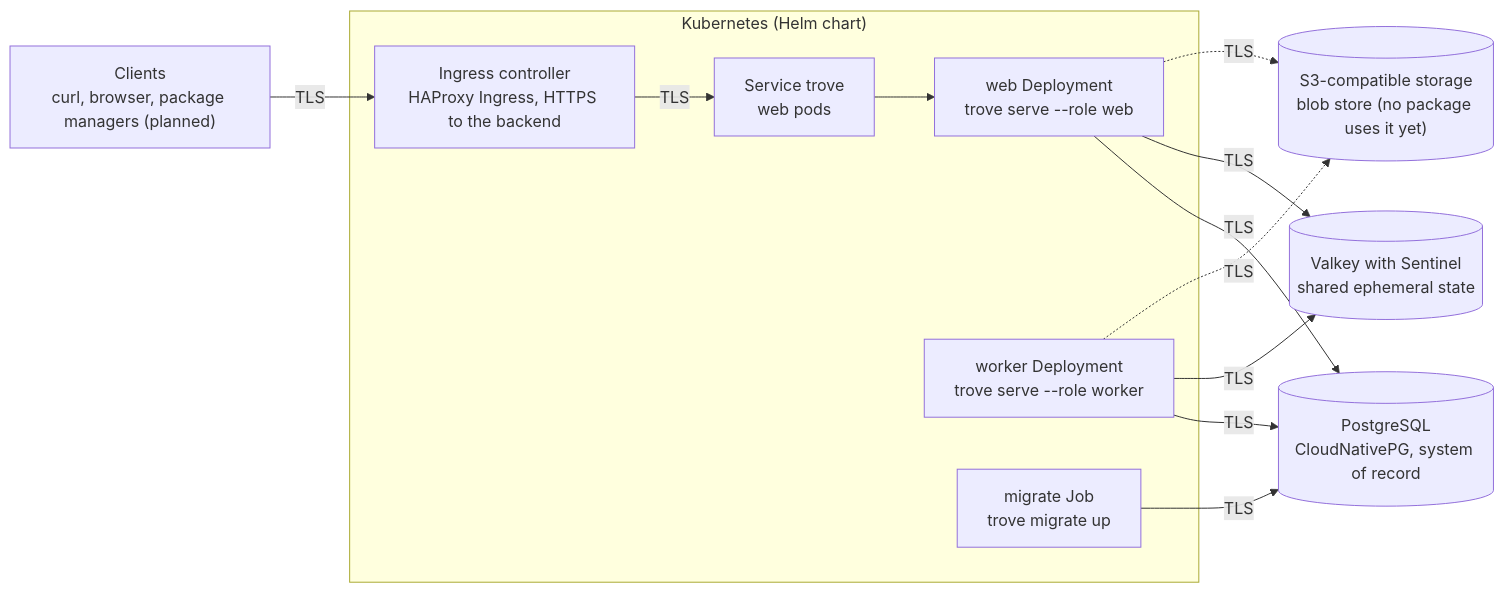
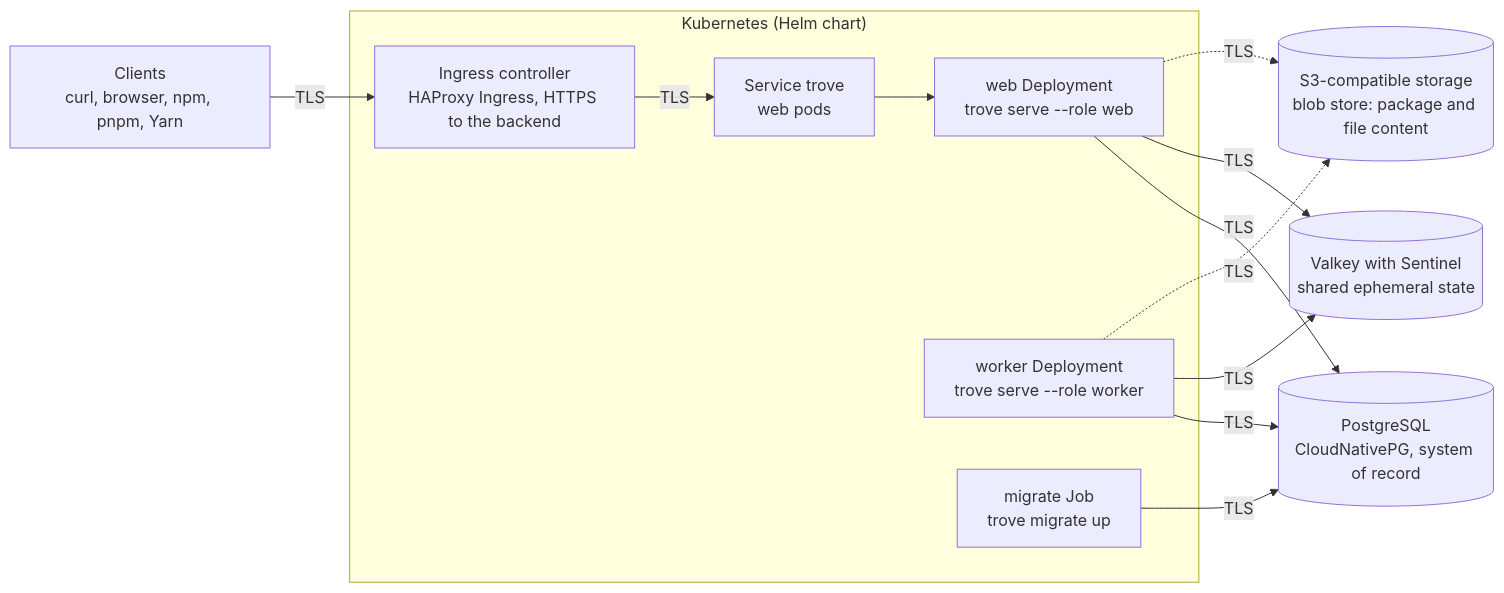
Before and after one commit to guided-traffic/trove: the diagram in README.md, drawn with Mermaid. The commit also changed other lines of this file and 12 other files, not shown here.

````diff
--- a/README.md
+++ b/README.md
@@ -27,23 +30,23 @@
 ```mermaid
 flowchart LR
-  cl["Clients<br/>curl, browser, package managers (planned)"]
+  cl["Clients<br/>curl, browser, npm, pnpm, Yarn"]
   subgraph k8s["Kubernetes (Helm chart)"]
     edge["Ingress controller<br/>HAProxy Ingress, HTTPS to the backend"]
     svc["Service trove<br/>web pods"]
     web["web Deployment<br/>trove serve --role web"]
     wrk["worker Deployment<br/>trove serve --role worker"]
     mig["migrate Job<br/>trove migrate up"]
   end
   pg[("PostgreSQL<br/>CloudNativePG, system of record")]
   vk[("Valkey with Sentinel<br/>shared ephemeral state")]
-  s3[("S3-compatible storage<br/>blob store (no package uses it yet)")]
+  s3[("S3-compatible storage<br/>blob store: package and file content")]
 
   cl -->|TLS| edge -->|TLS| svc --> web
   web -->|TLS| pg
   web -->|TLS| vk
   wrk -->|TLS| pg
   wrk -->|TLS| vk
   mig -->|TLS| pg
   web -.->|TLS| s3
   wrk -.->|TLS| s3
 ```
````
